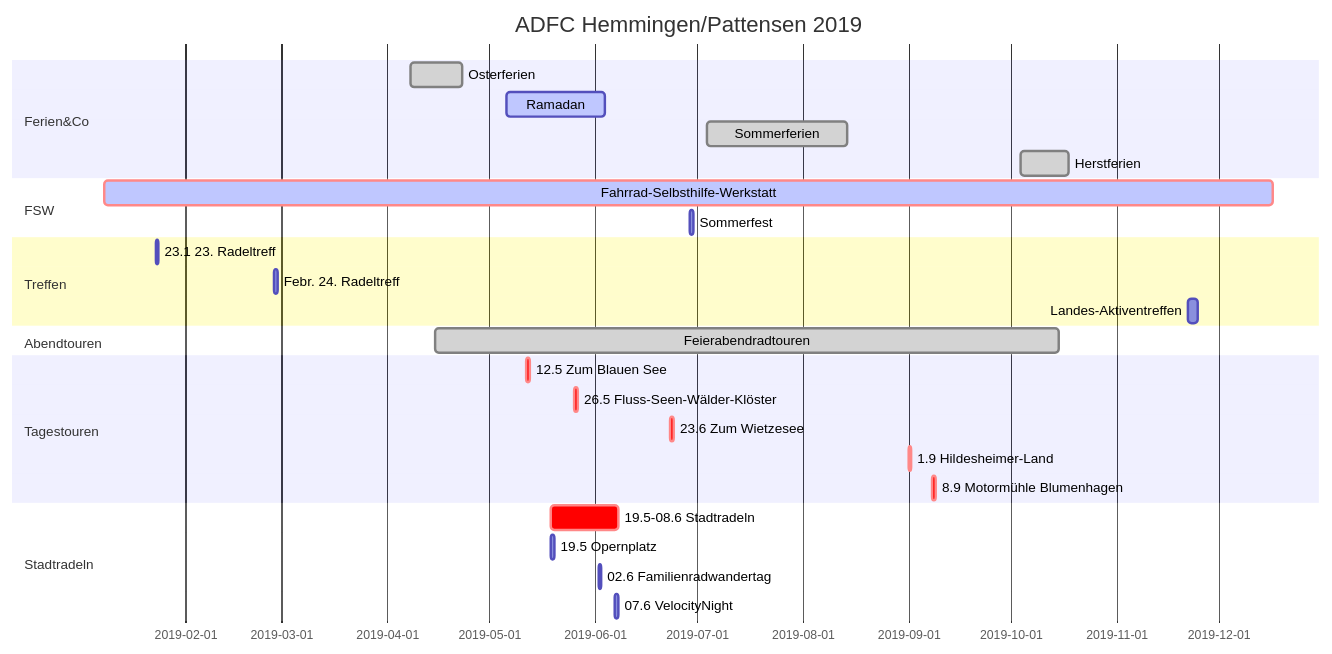
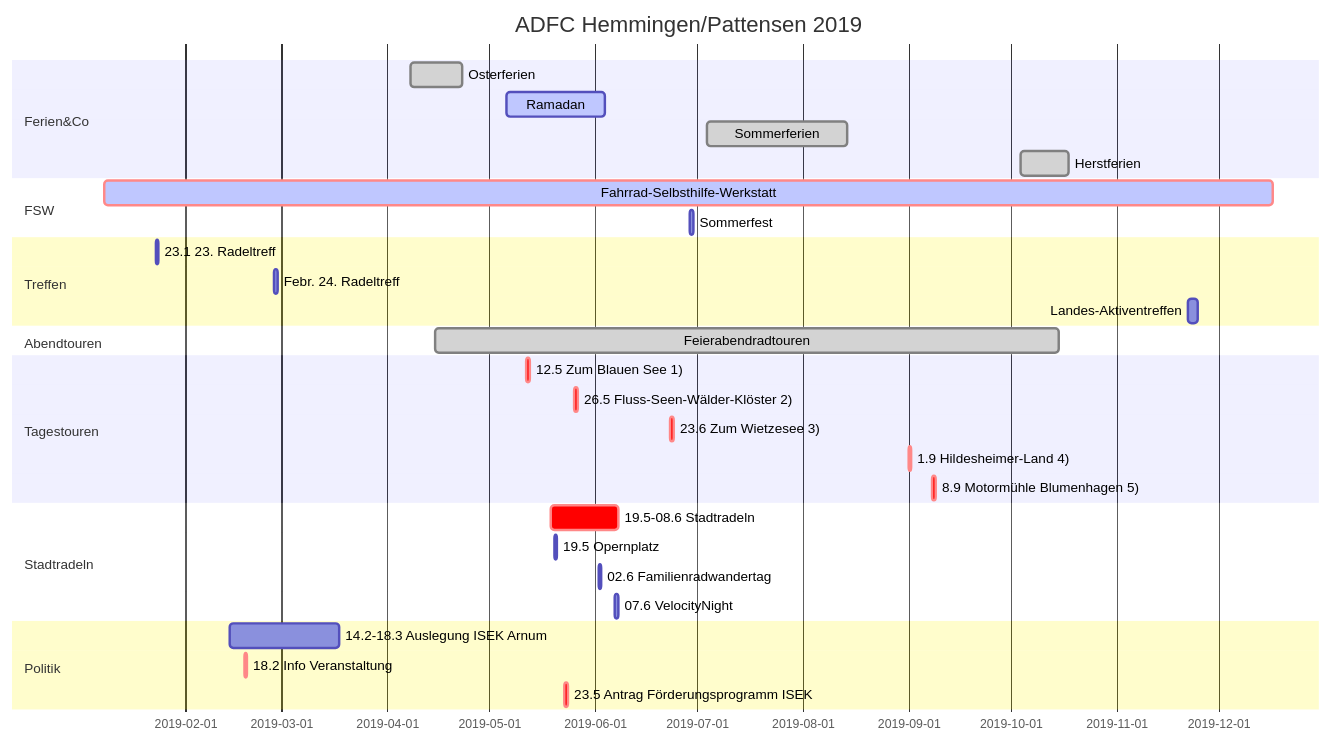
Before and after one commit to adfc-hemmingen-pattensen/adfc-hemmingen-pattensen.github.io: the diagram in index.md, drawn with Mermaid. The commit also changed other lines of this file and 7 other files, not shown here.

````diff
--- a/index.md
+++ b/index.md
@@ -63,39 +102,42 @@
 ```mermaid
 gantt
   title ADFC Hemmingen/Pattensen 2019
   dateFormat  DD.MM.YY
 
 section Ferien&Co
   Osterferien :done,        08.04.19, 23.04.19
   Ramadan     :active,done, 06.05.19, 04.06.19
   Sommerferien:done,        04.07.19, 14.08.19
   Herstferien :done,        04.10.19, 18.10.19
 
 section FSW
   Fahrrad-Selbsthilfe-Werkstatt :crit,active, 08.01.19, 17.12.19
   Sommerfest                    : 29.06.19, 1d
 
 section Treffen
   23.1 23. Radeltreff  : 23.01.19, 1d
   Febr. 24. Radeltreff : 27.02.19, 1d
   Landes-Aktiventreffen: 22.11.19, 3d
   
 section Abendtouren
   Feierabendradtouren        :done,       15.04.19, 15.10.19
 
 section Tagestouren
-  12.5 Zum Blauen See             :crit, 12.05.19,1d
-  26.5 Fluss-Seen-Wälder-Klöster  :crit, 26.05.19,1d
-  23.6 Zum Wietzesee              :crit, 23.06.19,1d
-  1.9 Hildesheimer-Land           :crit, 01.09.19,1d
-  8.9 Motormühle Blumenhagen      :crit, 08.09.19,1d
+  12.5 Zum Blauen See 1)           :crit, 12.05.19,1d
+  26.5 Fluss-Seen-Wälder-Klöster 2):crit, 26.05.19,1d
+  23.6 Zum Wietzesee 3)            :crit, 23.06.19,1d
+  1.9 Hildesheimer-Land 4)         :crit, 01.09.19,1d
+  8.9 Motormühle Blumenhagen 5)    :crit, 08.09.19,1d
   
 
 section Stadtradeln
   19.5-08.6 Stadtradeln    : crit, 19.05.19, 08.06.19
-  19.5 Opernplatz          :       19.05.19, 1d
+  19.5 Opernplatz          :       20.05.19, 1d
   02.6 Familienradwandertag:       02.06.19, 1d
   07.6 VelocityNight       :       07.06.19, 1d
 
 section Politik
+  14.2-18.3 Auslegung ISEK Arnum: 14.02.19, 18.03.19
+  18.2 Info Veranstaltung       : crit, 18.02.19, 1d 
+  23.5 Antrag Förderungsprogramm ISEK : crit, 23.05.19,1d 
 ```
````
